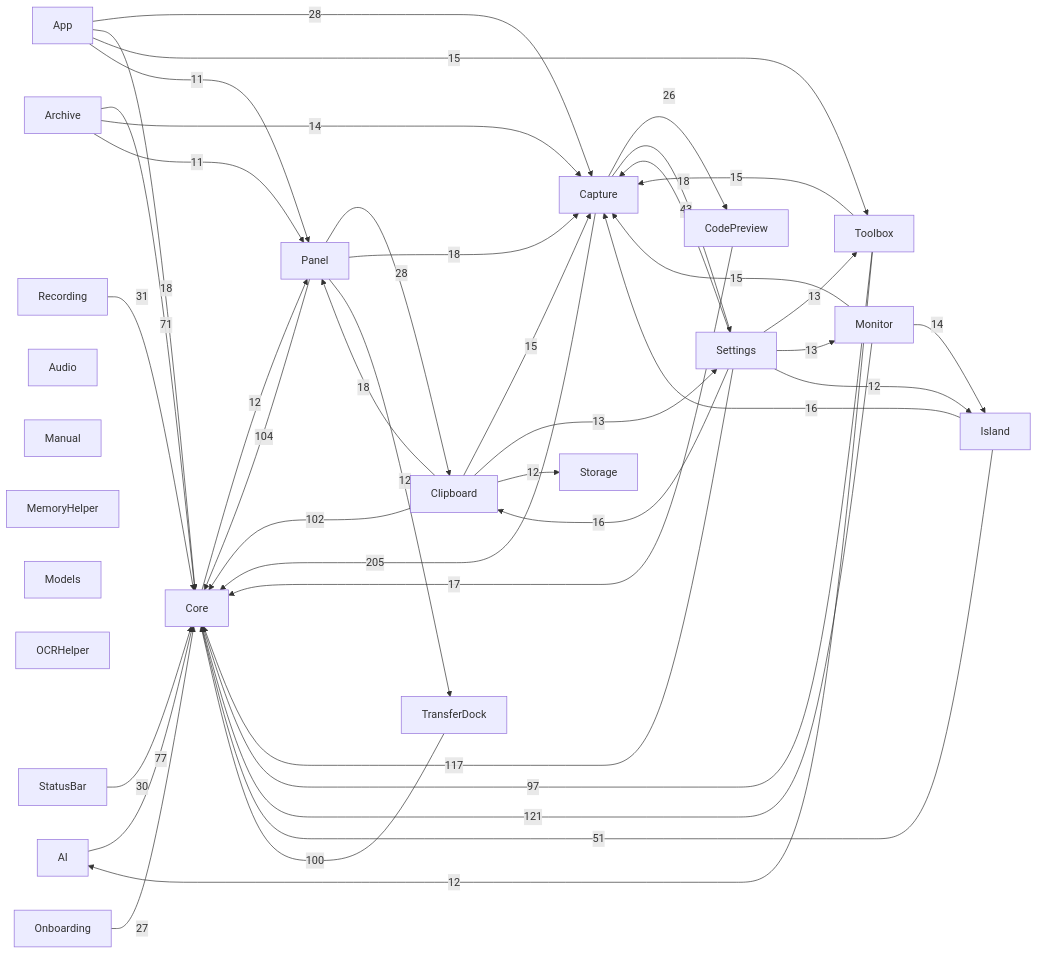
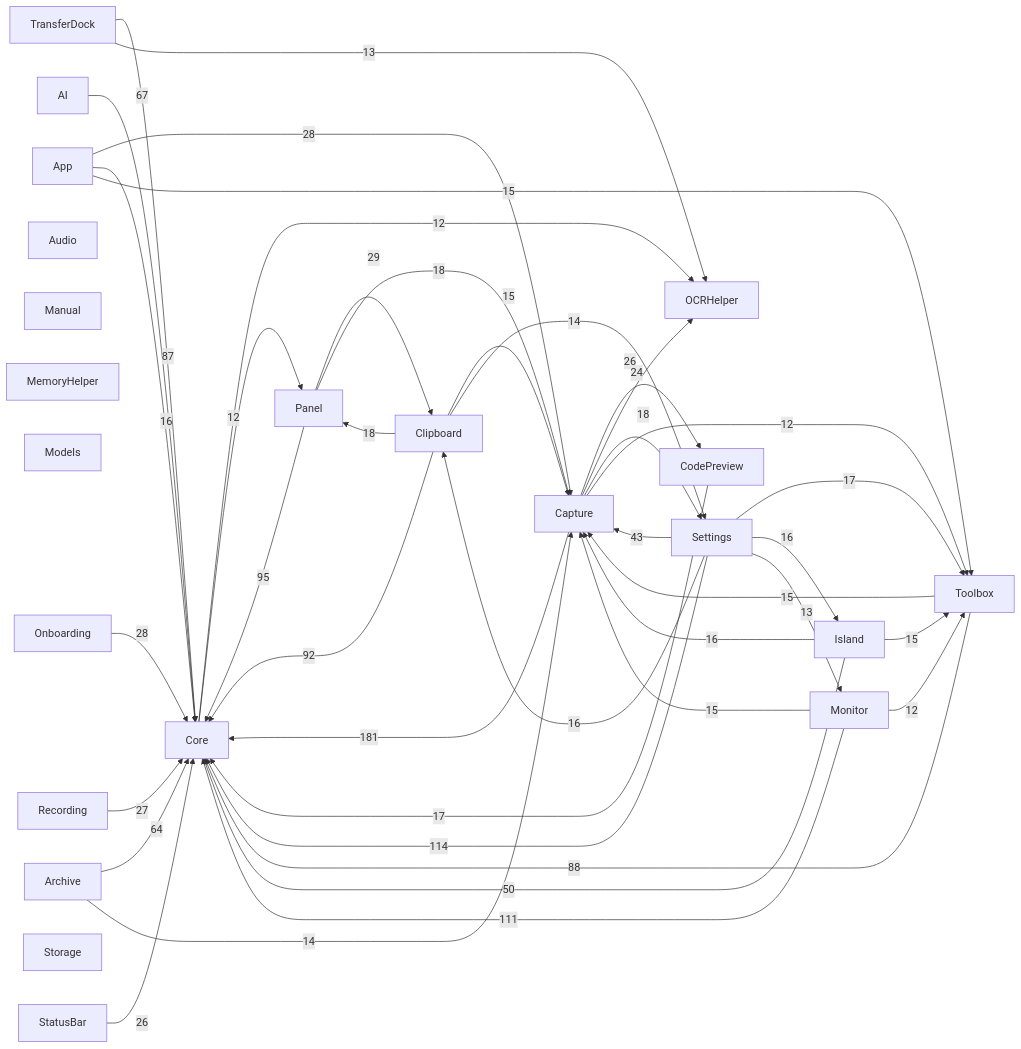
The diagram in docs/00-总览/模块依赖图.md (sxyq/Kitnest), drawn with Mermaid before and after one commit. The commit also changed other lines of this file and 4 other files, not shown here.

````diff
--- a/docs/00-总览/模块依赖图.md
+++ b/docs/00-总览/模块依赖图.md
@@ -36,65 +36,65 @@
 ```mermaid
 flowchart LR
   M0["AI"]
   M1["App"]
   M2["Archive"]
   M3["Audio"]
   M4["Capture"]
   M5["Clipboard"]
   M6["CodePreview"]
   M7["Core"]
   M8["Island"]
   M9["Manual"]
   M10["MemoryHelper"]
   M11["Models"]
   M12["Monitor"]
   M13["OCRHelper"]
   M14["Onboarding"]
   M15["Panel"]
   M16["Recording"]
   M17["Settings"]
   M18["StatusBar"]
   M19["Storage"]
   M20["Toolbox"]
   M21["TransferDock"]
-  M4 -->|205| M7
-  M12 -->|121| M7
-  M17 -->|117| M7
-  M15 -->|104| M7
-  M5 -->|102| M7
-  M21 -->|100| M7
-  M20 -->|97| M7
-  M0 -->|77| M7
-  M2 -->|71| M7
-  M8 -->|51| M7
+  M4 -->|181| M7
+  M17 -->|114| M7
+  M12 -->|111| M7
+  M15 -->|95| M7
+  M5 -->|92| M7
+  M20 -->|88| M7
+  M21 -->|87| M7
+  M0 -->|67| M7
+  M2 -->|64| M7
+  M8 -->|50| M7
   M17 -->|43| M4
-  M16 -->|31| M7
-  M18 -->|30| M7
+  M15 -->|29| M5
   M1 -->|28| M4
-  M15 -->|28| M5
-  M14 -->|27| M7
+  M14 -->|28| M7
+  M16 -->|27| M7
   M4 -->|26| M6
-  M1 -->|18| M7
+  M18 -->|26| M7
+  M4 -->|24| M13
   M4 -->|18| M17
+  M15 -->|18| M4
   M5 -->|18| M15
-  M15 -->|18| M4
+  M17 -->|17| M20
   M6 -->|17| M7
+  M1 -->|16| M7
+  M17 -->|16| M5
+  M17 -->|16| M8
   M8 -->|16| M4
-  M17 -->|16| M5
   M1 -->|15| M20
-  M5 -->|15| M4
   M12 -->|15| M4
   M20 -->|15| M4
+  M8 -->|15| M20
+  M5 -->|15| M4
   M2 -->|14| M4
-  M12 -->|14| M8
-  M5 -->|13| M17
-  M17 -->|13| M20
+  M5 -->|14| M17
   M17 -->|13| M12
+  M21 -->|13| M13
+  M7 -->|12| M13
   M7 -->|12| M15
-  M5 -->|12| M19
-  M15 -->|12| M21
-  M17 -->|12| M8
-  M20 -->|12| M0
-  M1 -->|11| M15
-  M2 -->|11| M15
+  M4 -->|12| M20
+  M12 -->|12| M20
 ```
````
